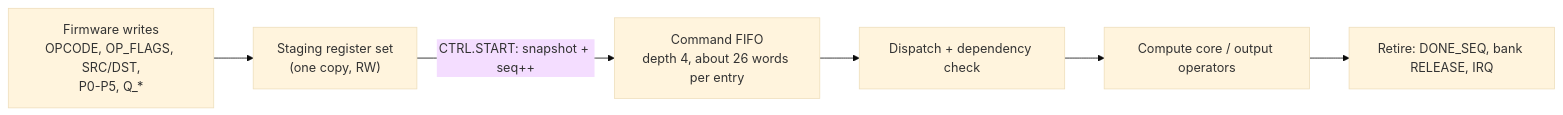
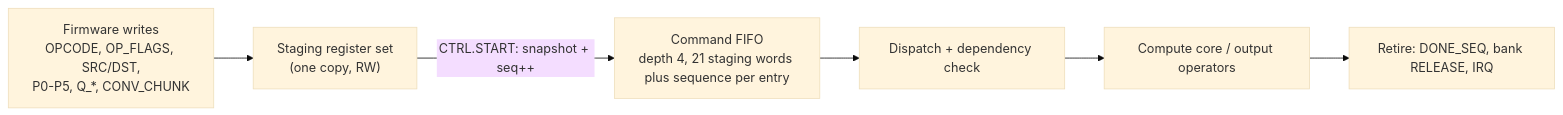
One commit to michaelgirg/raven changed the fourth of 8 diagrams in docs/RISCV_Research.md. Above: the diagram before and after it, drawn with Mermaid (base theme). The commit also changed other lines of this file and 1 other file, not shown here.

````diff
--- a/docs/RISCV_Research.md
+++ b/docs/RISCV_Research.md
@@ -611,8 +614,8 @@
 ```mermaid
 flowchart LR
-    FW["Firmware writes<br/>OPCODE, OP_FLAGS, SRC/DST,<br/>P0-P5, Q_*"] --> STG["Staging register set<br/>(one copy, RW)"]
-    STG -->|"CTRL.START: snapshot + seq++"| Q["Command FIFO<br/>depth 4, about 26 words per entry"]
+    FW["Firmware writes<br/>OPCODE, OP_FLAGS, SRC/DST,<br/>P0-P5, Q_*, CONV_CHUNK"] --> STG["Staging register set<br/>(one copy, RW)"]
+    STG -->|"CTRL.START: snapshot + seq++"| Q["Command FIFO<br/>depth 4, 21 staging words plus sequence per entry"]
     Q --> DISP["Dispatch + dependency check"]
     DISP --> EXEC["Compute core / output operators"]
     EXEC --> RET["Retire: DONE_SEQ, bank RELEASE, IRQ"]
 ```
````
